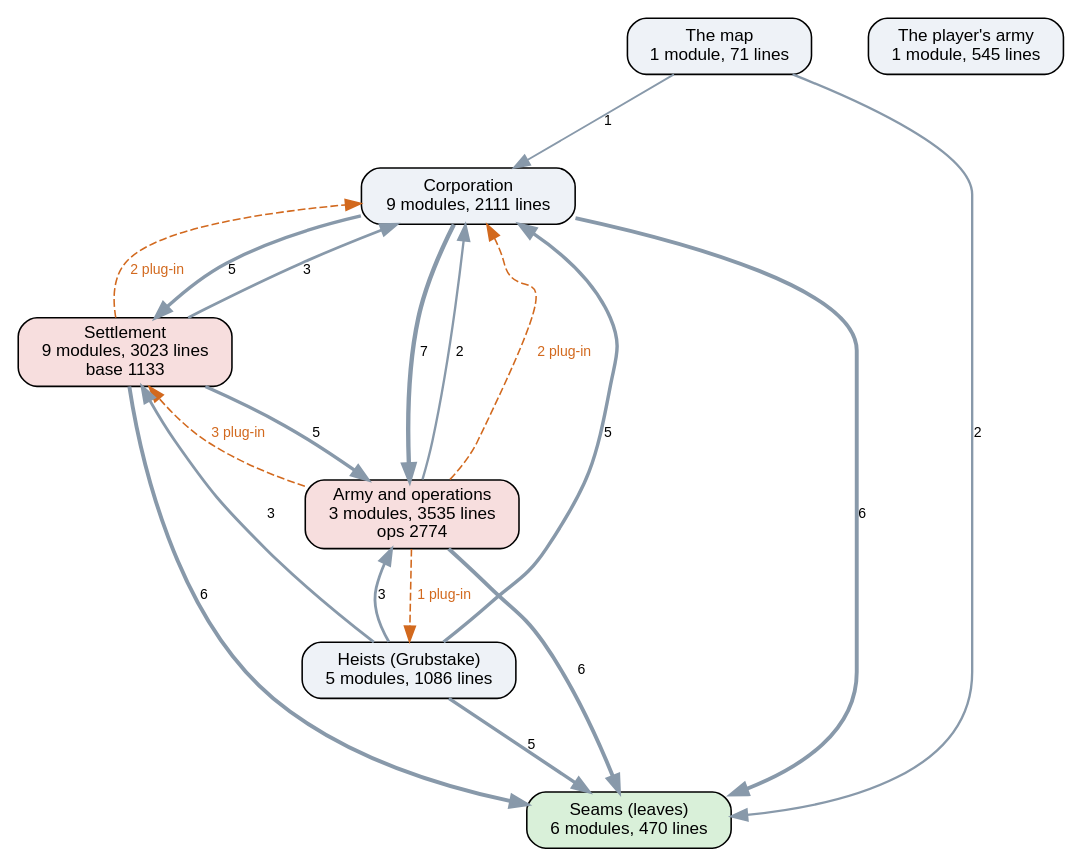
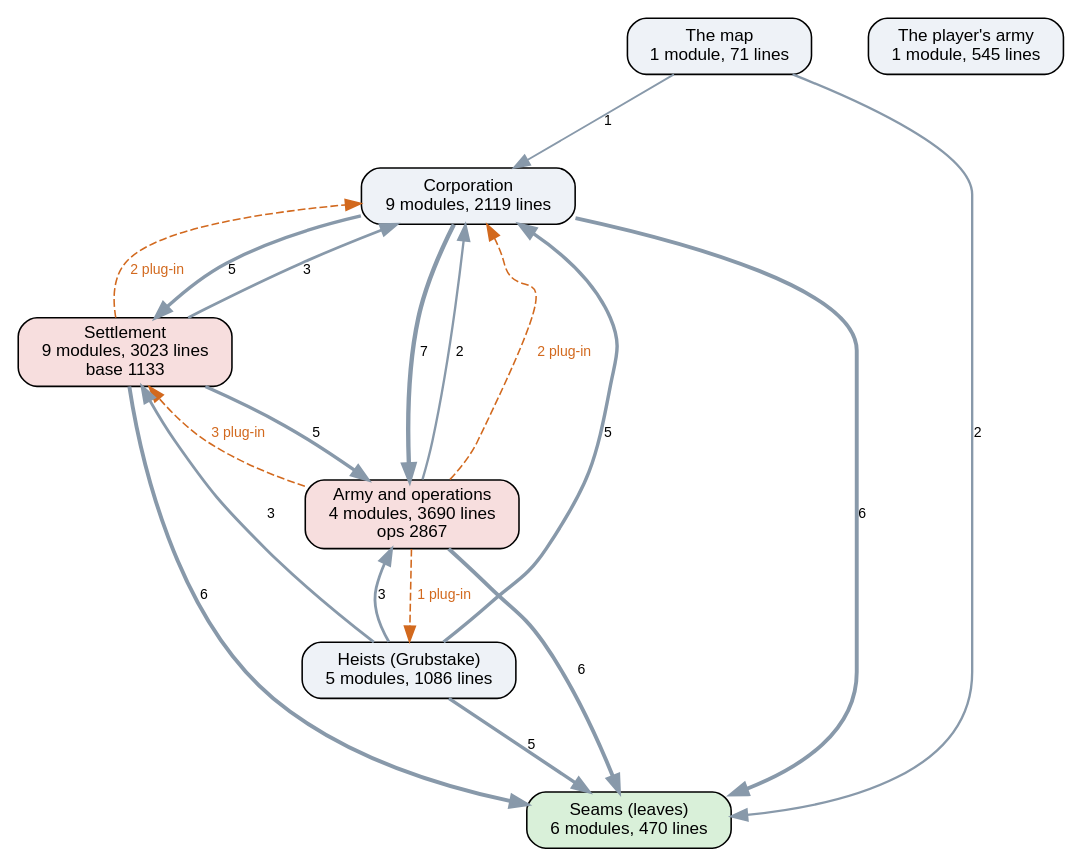
One commit to kinelhu/landing-party changed the diagram in docs/ai-layers.dot. Above: the diagram before and after it, drawn with Graphviz. The commit also changed 17 other files, not shown here.

```diff
--- a/docs/ai-layers.dot
+++ b/docs/ai-layers.dot
@@ -1,30 +1,30 @@
 digraph layers {
   graph [rankdir=TB, fontname="Helvetica", nodesep=0.5, ranksep=0.7];
   node [shape=box, style="rounded,filled", fontname="Helvetica", fontsize=11, fillcolor="#eef2f7"];
   edge [color="#8899aa", fontname="Helvetica", fontsize=9];
   "Seams (leaves)" [label="Seams (leaves)\n6 modules, 470 lines", fillcolor="#d9f0d9"];
-  "Corporation" [label="Corporation\n9 modules, 2111 lines", fillcolor="#eef2f7"];
+  "Corporation" [label="Corporation\n9 modules, 2119 lines", fillcolor="#eef2f7"];
   "Settlement" [label="Settlement\n9 modules, 3023 lines\nbase 1133", fillcolor="#f7dede"];
-  "Army and operations" [label="Army and operations\n3 modules, 3535 lines\nops 2774", fillcolor="#f7dede"];
+  "Army and operations" [label="Army and operations\n4 modules, 3690 lines\nops 2867", fillcolor="#f7dede"];
   "Heists (Grubstake)" [label="Heists (Grubstake)\n5 modules, 1086 lines", fillcolor="#eef2f7"];
   "The map" [label="The map\n1 module, 71 lines", fillcolor="#eef2f7"];
   "The player's army" [label="The player's army\n1 module, 545 lines", fillcolor="#eef2f7"];
   "Army and operations" -> "Corporation" [label="2", penwidth=1.5];
   "Army and operations" -> "Seams (leaves)" [label="6", penwidth=2.5];
   "Corporation" -> "Army and operations" [label="7", penwidth=2.8];
   "Corporation" -> "Seams (leaves)" [label="6", penwidth=2.5];
   "Corporation" -> "Settlement" [label="5", penwidth=2.2];
   "Heists (Grubstake)" -> "Army and operations" [label="3", penwidth=1.8];
   "Heists (Grubstake)" -> "Corporation" [label="5", penwidth=2.2];
   "Heists (Grubstake)" -> "Seams (leaves)" [label="5", penwidth=2.2];
   "Heists (Grubstake)" -> "Settlement" [label="3", penwidth=1.8];
   "Settlement" -> "Army and operations" [label="5", penwidth=2.2];
   "Settlement" -> "Corporation" [label="3", penwidth=1.8];
   "Settlement" -> "Seams (leaves)" [label="6", penwidth=2.5];
   "The map" -> "Corporation" [label="1", penwidth=1.2];
   "The map" -> "Seams (leaves)" [label="2", penwidth=1.5];
   "Army and operations" -> "Corporation" [style=dashed, color="#d2691e", fontcolor="#d2691e", label="2 plug-in"];
   "Army and operations" -> "Heists (Grubstake)" [style=dashed, color="#d2691e", fontcolor="#d2691e", label="1 plug-in"];
   "Army and operations" -> "Settlement" [style=dashed, color="#d2691e", fontcolor="#d2691e", label="3 plug-in"];
   "Settlement" -> "Corporation" [style=dashed, color="#d2691e", fontcolor="#d2691e", label="2 plug-in"];
 }
```
